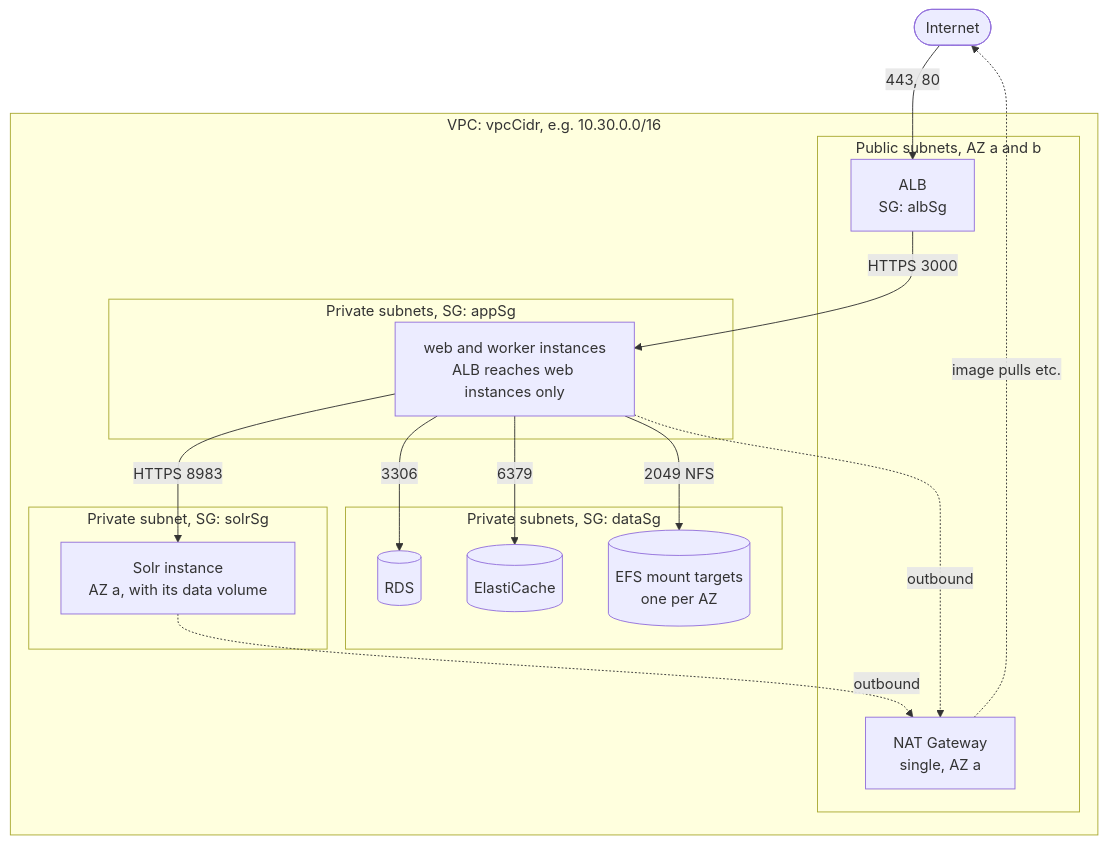
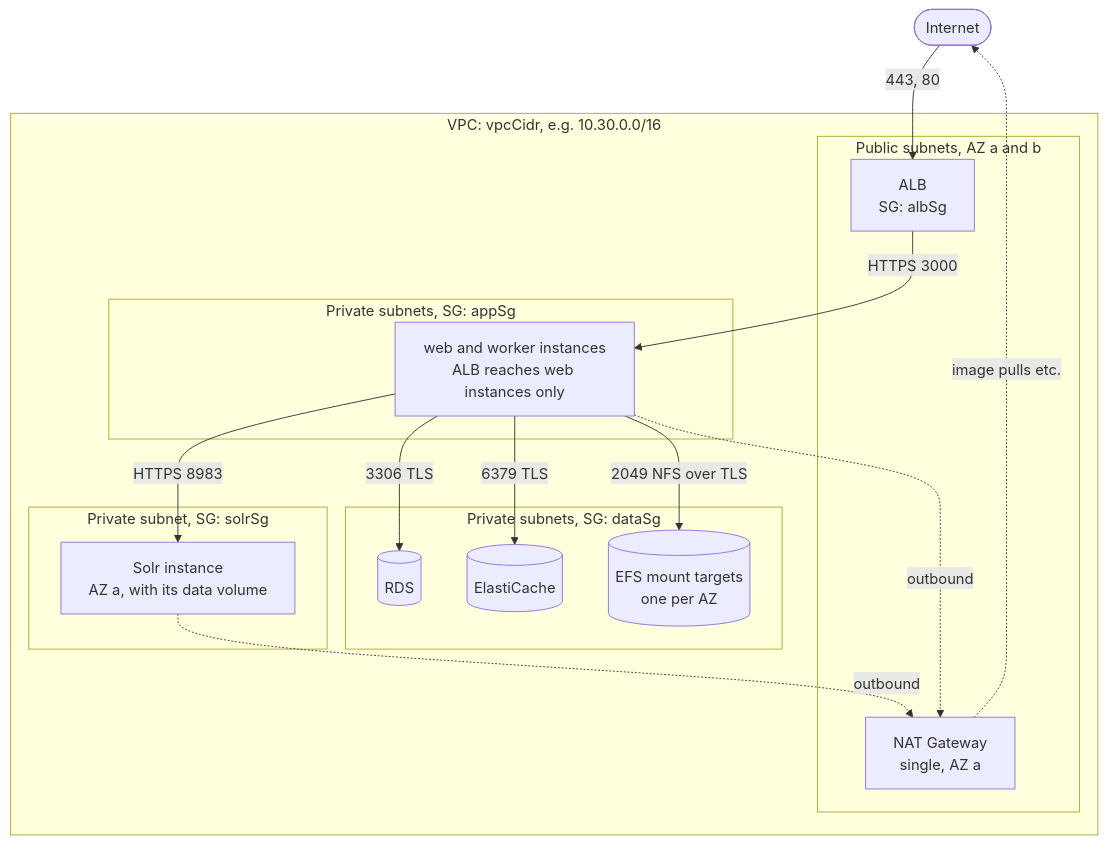
The third of 5 diagrams in docs/pulumi-architecture.md (seek4science/seek), drawn with Mermaid before and after one commit. The commit also changed other lines of this file, not shown here.

First line of the commit message:
Bring the architecture document up to date with phase 2

````diff
--- a/docs/pulumi-architecture.md
+++ b/docs/pulumi-architecture.md
@@ -132,34 +138,34 @@
 ```mermaid
 flowchart TB
     internet(["Internet"])
 
     subgraph vpc["VPC: vpcCidr, e.g. 10.30.0.0/16"]
         subgraph public["Public subnets, AZ a and b"]
             alb["ALB<br/>SG: albSg"]
             nat["NAT Gateway<br/>single, AZ a"]
         end
 
         subgraph appsg["Private subnets, SG: appSg"]
             instances["web and worker instances<br/>ALB reaches web instances only"]
         end
 
         subgraph solrsg["Private subnet, SG: solrSg"]
             solr["Solr instance<br/>AZ a, with its data volume"]
         end
 
         subgraph datasg["Private subnets, SG: dataSg"]
             rds[("RDS")]
             redis[("ElastiCache")]
             efs[("EFS mount targets<br/>one per AZ")]
         end
     end
 
     internet -- "443, 80" --> alb
     alb -- "HTTPS 3000" --> instances
     instances -- "HTTPS 8983" --> solr
-    instances -- "3306" --> rds
-    instances -- "6379" --> redis
-    instances -- "2049 NFS" --> efs
+    instances -- "3306 TLS" --> rds
+    instances -- "6379 TLS" --> redis
+    instances -- "2049 NFS over TLS" --> efs
     instances & solr -. "outbound" .-> nat
     nat -. "image pulls etc." .-> internet
 ```
````
